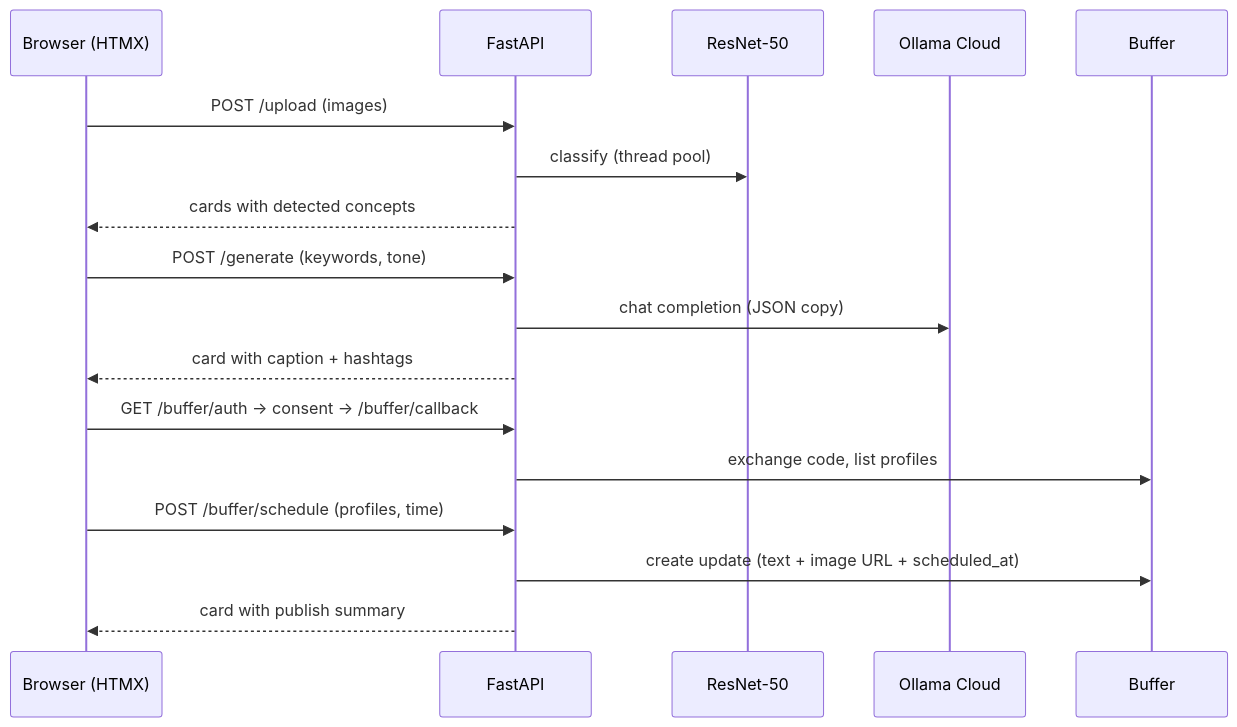
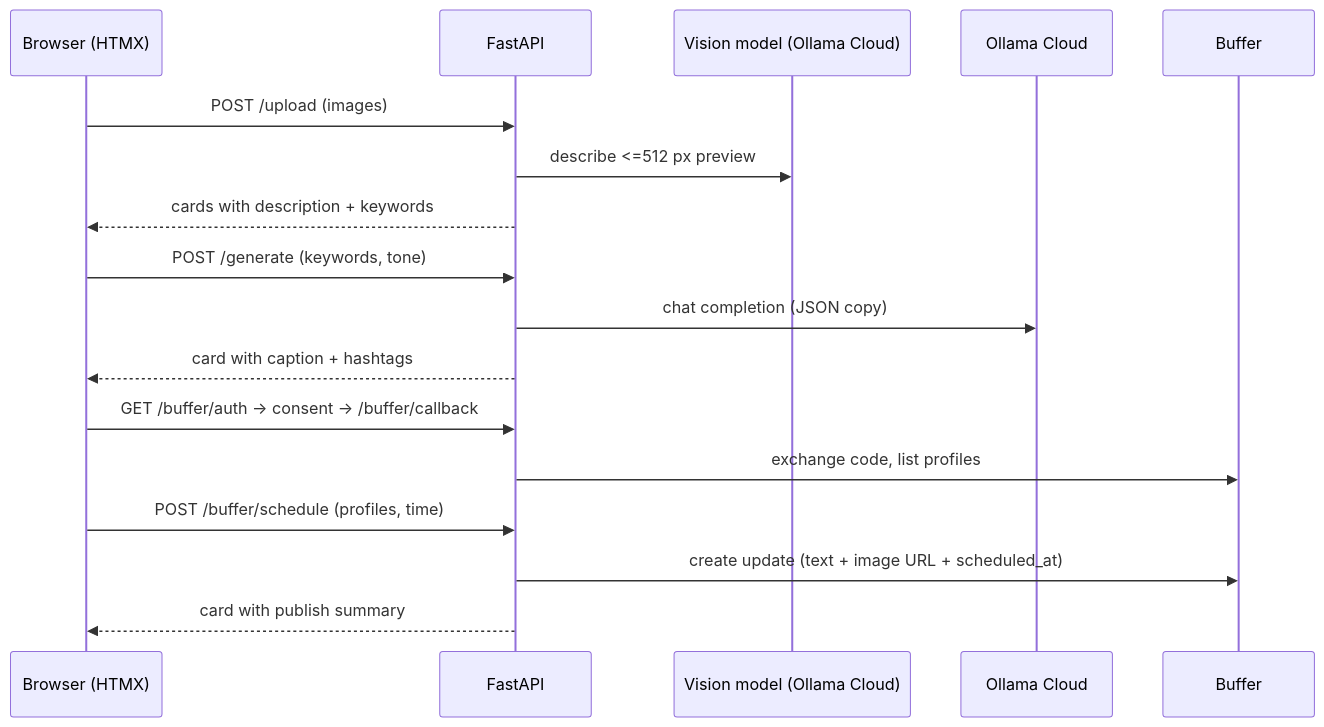
One commit to Aminul1993/Social-Booster changed the diagram in README.md. Above: the diagram before and after it, drawn with Mermaid. The commit also changed other lines of this file and 44 other files, not shown here.

````diff
--- a/README.md
+++ b/README.md
@@ -75,19 +74,19 @@
 ```mermaid
 sequenceDiagram
     participant U as Browser (HTMX)
     participant A as FastAPI
-    participant V as ResNet-50
+    participant V as Vision model (Ollama Cloud)
     participant O as Ollama Cloud
     participant B as Buffer
     U->>A: POST /upload (images)
-    A->>V: classify (thread pool)
-    A-->>U: cards with detected concepts
+    A->>V: describe <=512 px preview
+    A-->>U: cards with description + keywords
     U->>A: POST /generate (keywords, tone)
     A->>O: chat completion (JSON copy)
     A-->>U: card with caption + hashtags
     U->>A: GET /buffer/auth -> consent -> /buffer/callback
     A->>B: exchange code, list profiles
     U->>A: POST /buffer/schedule (profiles, time)
     A->>B: create update (text + image URL + scheduled_at)
     A-->>U: card with publish summary
 ```
````
